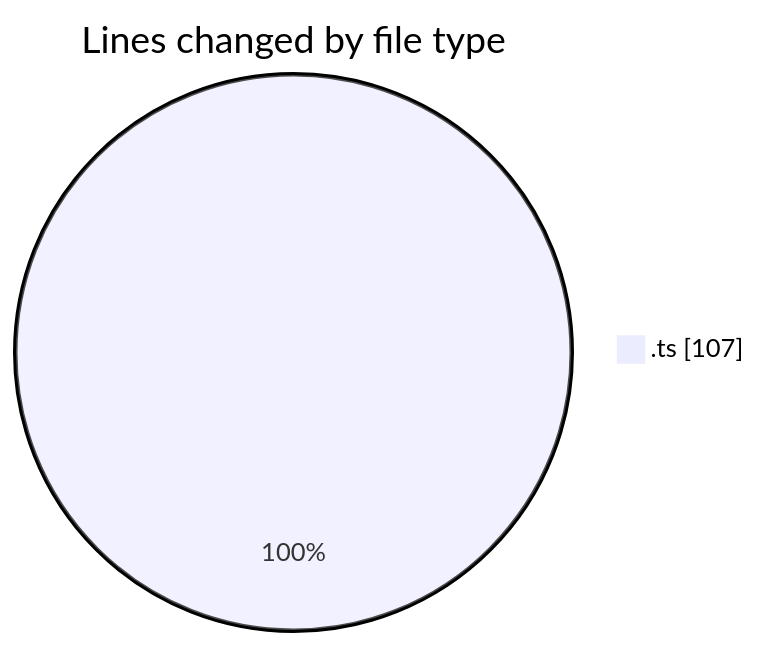
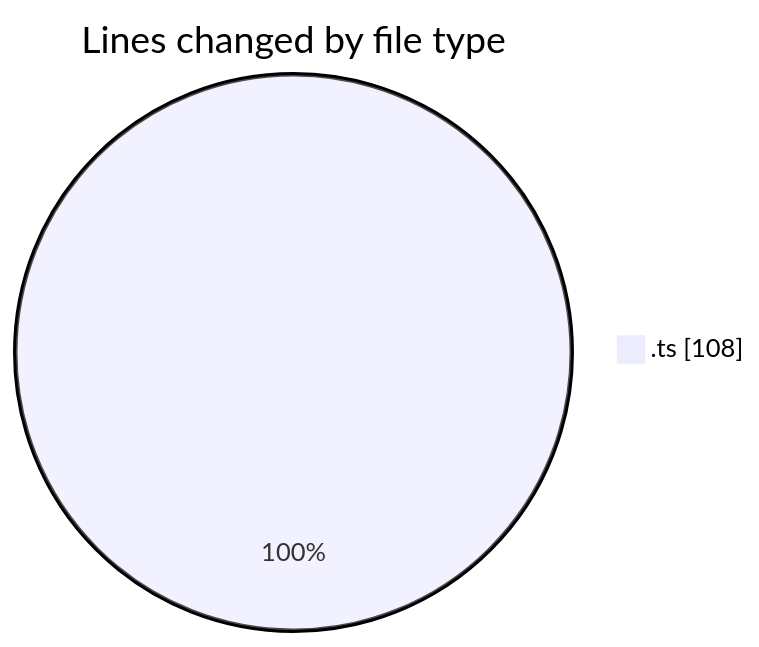
Before and after one commit to momahboobian/code-tracking: the first of 2 diagrams in 2025-05-30/cda/README.md, drawn with Mermaid. The commit also changed other lines of this file and 1 other file, not shown here.

````diff
--- a/2025-05-30/cda/README.md
+++ b/2025-05-30/cda/README.md
@@ -21,5 +21,5 @@
 ```mermaid
 pie showData
 title Lines changed by file type
-".ts" : 107
+".ts" : 108
 ```
````
